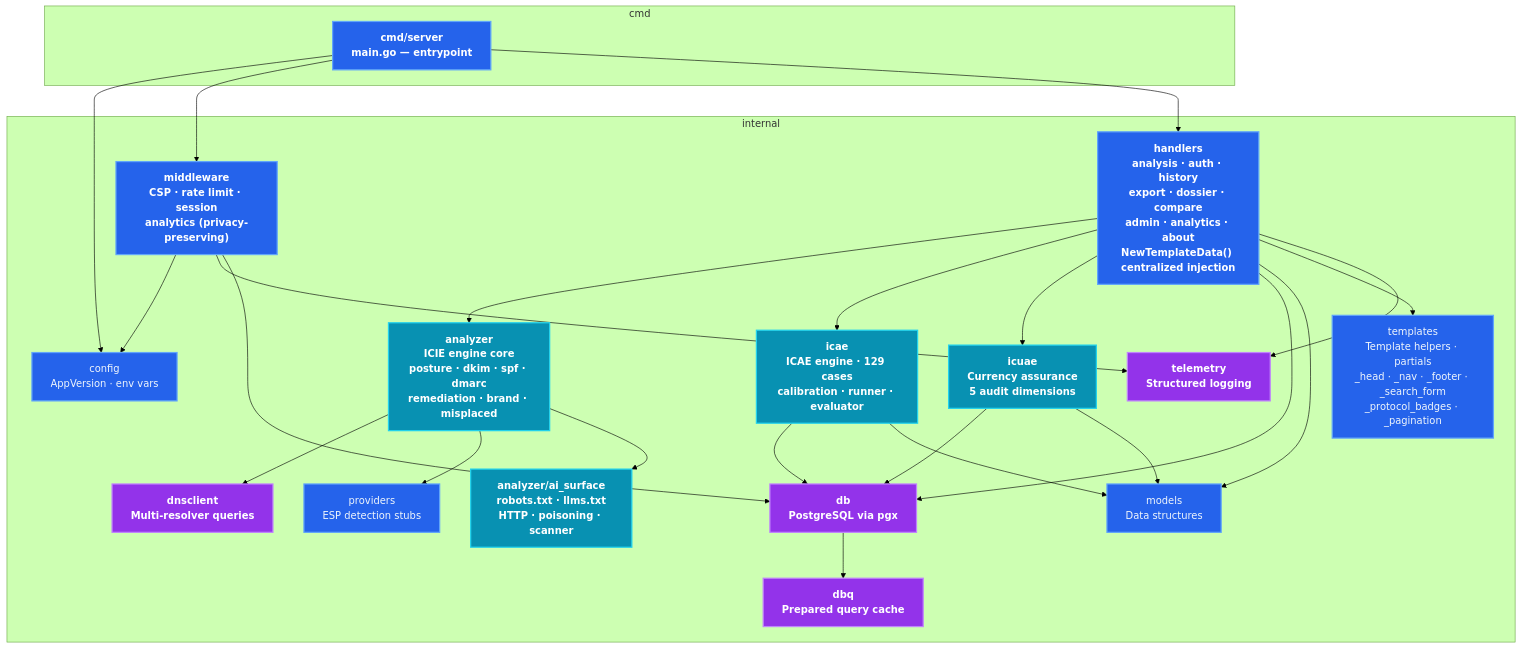
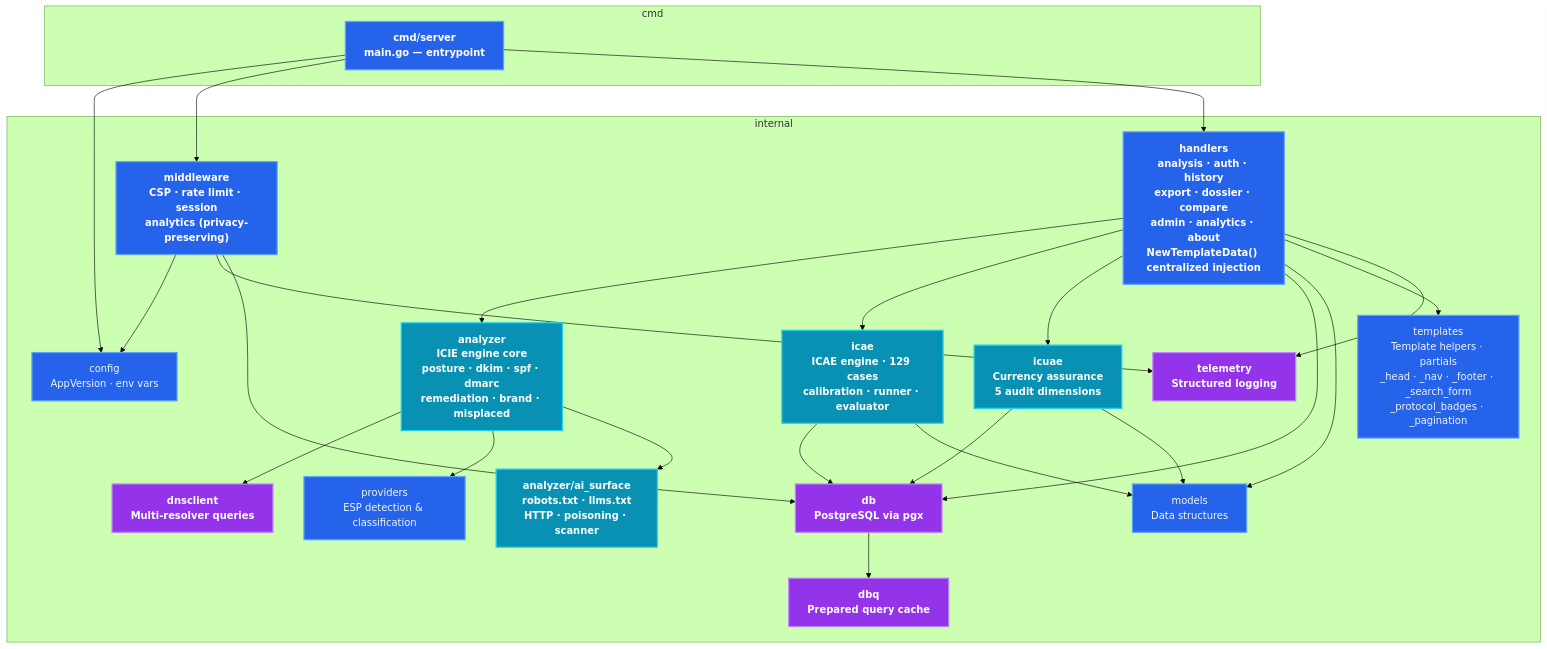
Before and after one commit to IT-Help-San-Diego/dns-tool-intel: the eighth of 11 diagrams in docs/architecture/SYSTEM_ARCHITECTURE.md, drawn with Mermaid (forest theme). The commit also changed other lines of this file and 17 other files, not shown here.

````diff
--- a/docs/architecture/SYSTEM_ARCHITECTURE.md
+++ b/docs/architecture/SYSTEM_ARCHITECTURE.md
@@ -471,41 +457,41 @@
 ```mermaid
 graph TB
     subgraph "cmd"
         Server["cmd/server<br/>main.go — entrypoint"]
     end
 
     subgraph "internal"
         Config["config<br/>AppVersion · env vars"]
         Middleware["middleware<br/>CSP · rate limit · session<br/>analytics (privacy-preserving)"]
         Handlers["handlers<br/>analysis · auth · history<br/>export · dossier · compare<br/>admin · analytics · about<br/>NewTemplateData() centralized injection"]
         Analyzer["analyzer<br/>ICIE engine core<br/>posture · dkim · spf · dmarc<br/>remediation · brand · misplaced"]
         AISurface["analyzer/ai_surface<br/>robots.txt · llms.txt<br/>HTTP · poisoning · scanner"]
         ICAE2["icae<br/>ICAE engine · 129 cases<br/>calibration · runner · evaluator"]
         ICuAE2["icuae<br/>Currency assurance<br/>5 audit dimensions"]
         DNSClient2["dnsclient<br/>Multi-resolver queries"]
         DB2["db<br/>PostgreSQL via pgx"]
         DBQ["dbq<br/>Prepared query cache"]
         Models["models<br/>Data structures"]
-        Providers["providers<br/>ESP detection stubs"]
+        Providers["providers<br/>ESP detection &amp; classification"]
         Telemetry["telemetry<br/>Structured logging"]
         Templates3["templates<br/>Template helpers · partials<br/>_head · _nav · _footer · _search_form<br/>_protocol_badges · _pagination"]
     end
 
     Server --> Config & Middleware & Handlers
     Handlers --> Analyzer & ICAE2 & ICuAE2 & DB2 & Models & Templates3
     Analyzer --> DNSClient2 & Providers & AISurface
     ICAE2 --> DB2 & Models
     ICuAE2 --> DB2 & Models
     Handlers --> Telemetry
     DB2 --> DBQ
     Middleware --> Config & Telemetry & DB2
 
     classDef default fill:#2563eb,stroke:#60a5fa,stroke-width:2px,color:#f0f6fc
     classDef core fill:#2563eb,stroke:#60a5fa,stroke-width:2px,color:#fff,font-weight:bold
     classDef engine fill:#0891b2,stroke:#22d3ee,stroke-width:2px,color:#fff,font-weight:bold
     classDef infra fill:#9333ea,stroke:#c084fc,stroke-width:2px,color:#fff,font-weight:bold
     class Analyzer,AISurface,ICAE2,ICuAE2 engine
     class Server,Handlers,Middleware core
     class DB2,DBQ,DNSClient2,Telemetry infra
     class Config,Models,Providers,Templates3 default
 ```
````
